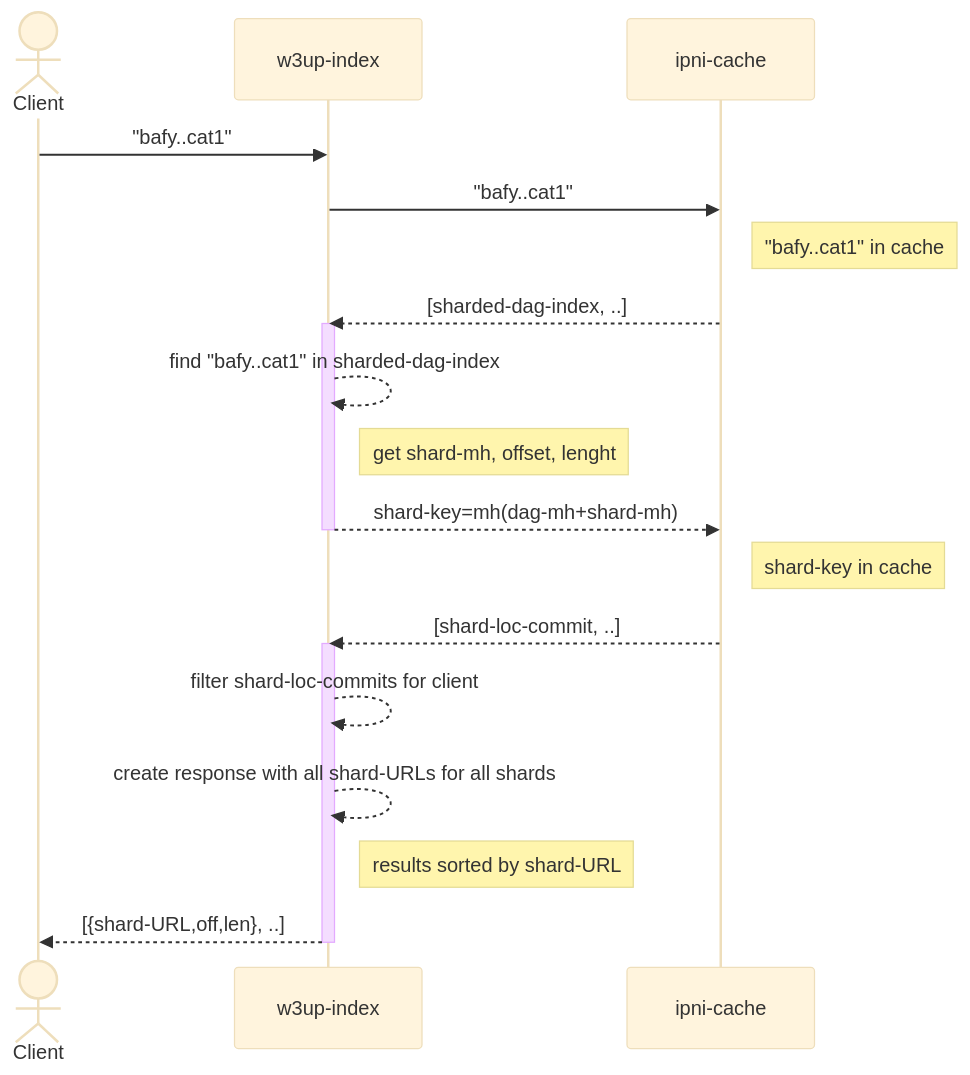
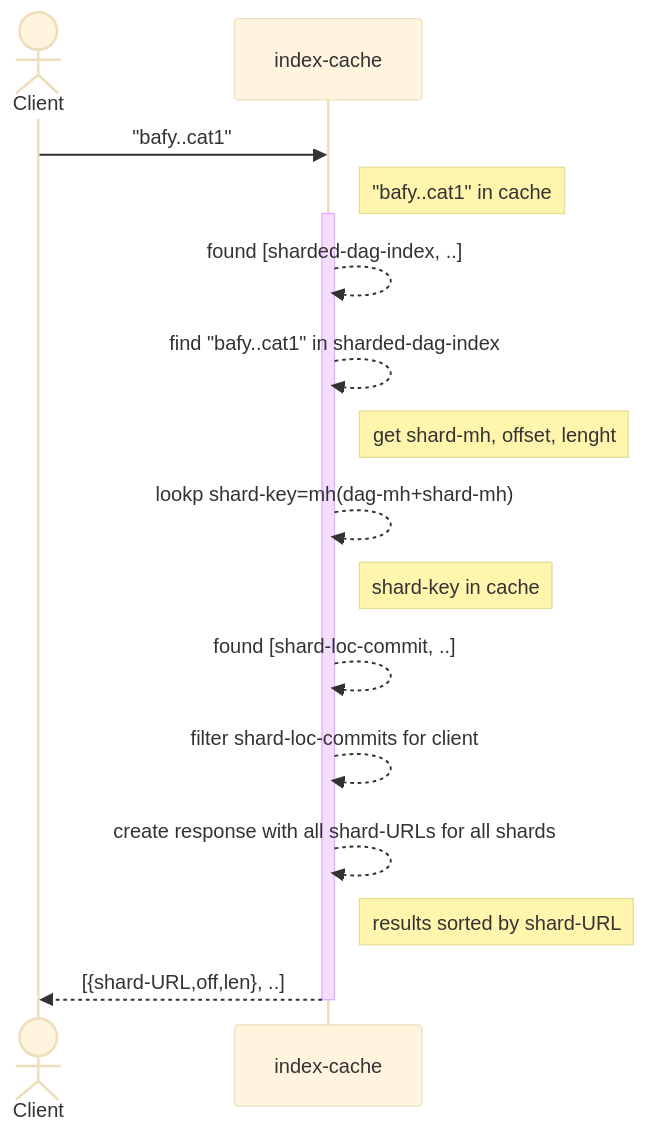
One commit to storacha/RFC changed the second of 3 diagrams in rfc/indexing-design.md. Above: the diagram before and after it, drawn with Mermaid (base theme). The commit also changed other lines of this file, not shown here.

Commit message:
Combine w3up-index and ipni-cache

````diff
--- a/rfc/indexing-design.md
+++ b/rfc/indexing-design.md
@@ -116,21 +112,18 @@
 ```mermaid
 sequenceDiagram
     actor Client
-    Client->>w3up-index: "bafy..cat1"
-    w3up-index->>ipni-cache: "bafy..cat1"
-    Note right of ipni-cache: "bafy..cat1" in cache
-    ipni-cache-->>w3up-index: [sharded-dag-index, ..]
-    activate w3up-index
-    w3up-index-->>w3up-index: find "bafy..cat1" in sharded-dag-index
-    Note right of w3up-index: get shard-mh, offset, lenght
-    w3up-index-->>ipni-cache: shard-key=mh(dag-mh+shard-mh)
-    deactivate w3up-index
-    Note right of ipni-cache: shard-key in cache
-    ipni-cache-->>w3up-index: [shard-loc-commit, ..]
-    activate w3up-index
-    w3up-index-->>w3up-index: filter shard-loc-commits for client
-    w3up-index-->>w3up-index: create response with all shard-URLs for all shards
-    Note right of w3up-index: results sorted by shard-URL
-    w3up-index-->>Client: [{shard-URL,off,len}, ..]
-    deactivate w3up-index
+    Client->>index-cache: "bafy..cat1"
+    Note right of index-cache: "bafy..cat1" in cache
+    activate index-cache
+    index-cache-->>index-cache: found [sharded-dag-index, ..]
+    index-cache-->>index-cache: find "bafy..cat1" in sharded-dag-index
+    Note right of index-cache: get shard-mh, offset, lenght
+    index-cache-->>index-cache: lookp shard-key=mh(dag-mh+shard-mh)
+    Note right of index-cache: shard-key in cache
+    index-cache-->>index-cache: found [shard-loc-commit, ..]
+    index-cache-->>index-cache: filter shard-loc-commits for client
+    index-cache-->>index-cache: create response with all shard-URLs for all shards
+    Note right of index-cache: results sorted by shard-URL
+    index-cache-->>Client: [{shard-URL,off,len}, ..]
+    deactivate index-cache
 ```
````
